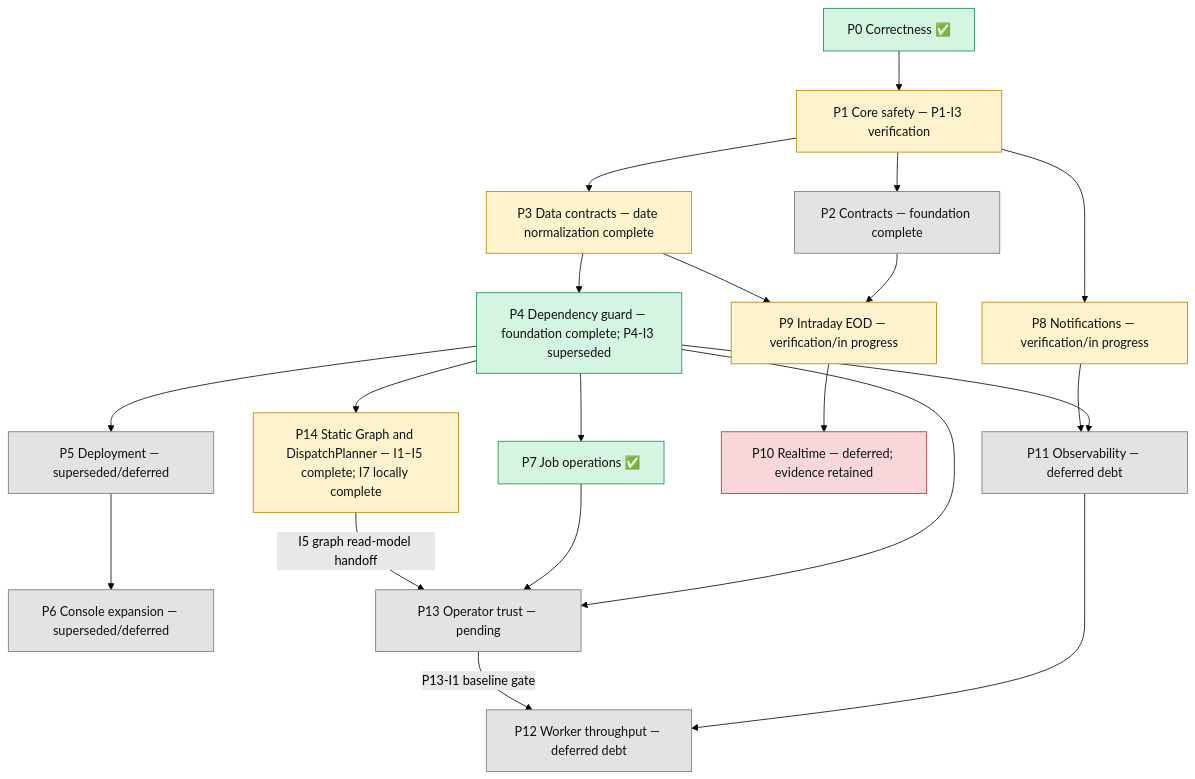
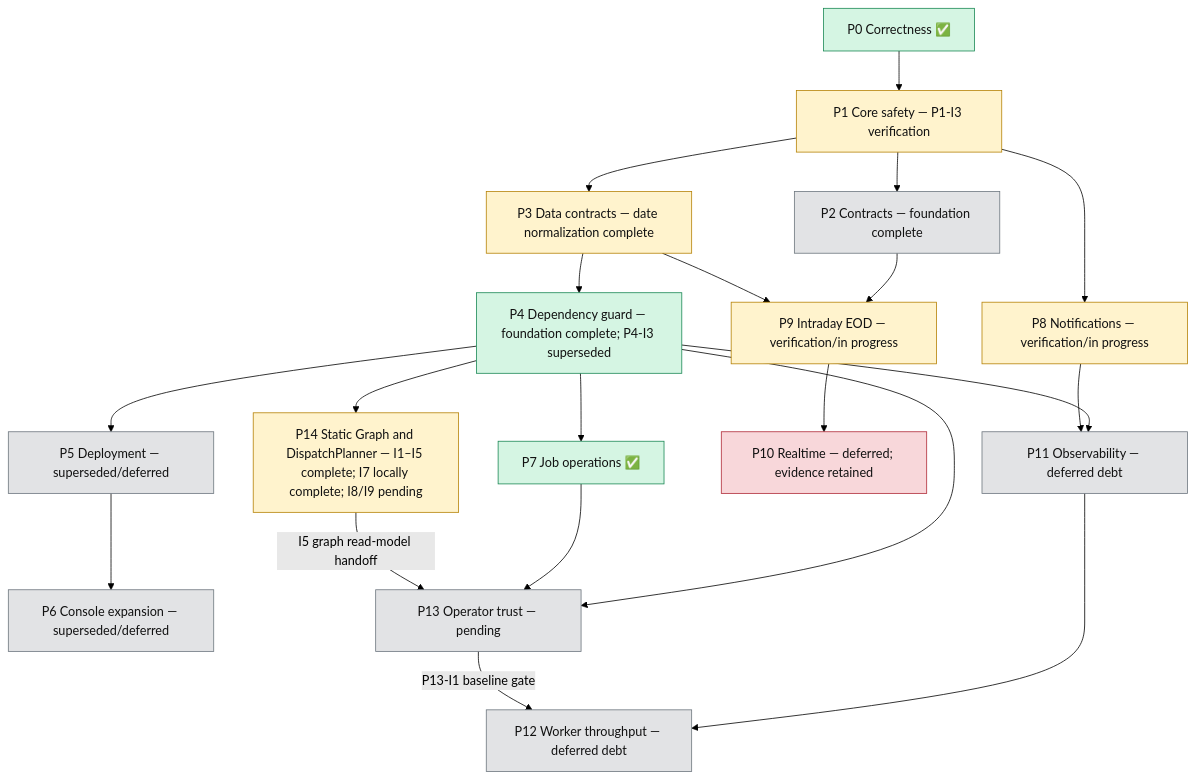
The diagram in docs/plans/roadmap/roadmap.md (tanlocit9/omni), drawn with Mermaid (forest theme) before and after one commit. The commit also changed other lines of this file and 19 other files, not shown here.

````diff
--- a/docs/plans/roadmap/roadmap.md
+++ b/docs/plans/roadmap/roadmap.md
@@ -13,31 +20,31 @@
 ```mermaid
 flowchart TD
     P0["P0 Correctness ✅"] --> P1["P1 Core safety — P1-I3 verification"]
     P1 --> P2["P2 Contracts — foundation complete"]
     P1 --> P3["P3 Data contracts — date normalization complete"]
     P3 --> P4["P4 Dependency guard — foundation complete; P4-I3 superseded"]
-    P4 --> P14["P14 Static Graph and DispatchPlanner — I1–I5 complete; I7 locally complete"]
+    P4 --> P14["P14 Static Graph and DispatchPlanner — I1–I5 complete; I7 locally complete; I8/I9 pending"]
     P4 --> P5["P5 Deployment — superseded/deferred"]
     P5 --> P6["P6 Console expansion — superseded/deferred"]
     P4 --> P7["P7 Job operations ✅"]
     P1 --> P8["P8 Notifications — verification/in progress"]
     P2 --> P9["P9 Intraday EOD — verification/in progress"]
     P3 --> P9
     P9 --> P10["P10 Realtime — deferred; evidence retained"]
     P4 --> P11["P11 Observability — deferred debt"]
     P8 --> P11
     P4 --> P13["P13 Operator trust — pending"]
     P7 --> P13
     P14 -->|"I5 graph read-model handoff"| P13
     P11 --> P12["P12 Worker throughput — deferred debt"]
     P13 -->|"P13-I1 baseline gate"| P12
 
     classDef done fill:#d5f5e3,stroke:#198754,color:#111;
     classDef active fill:#fff3cd,stroke:#b58105,color:#111;
     classDef pending fill:#e2e3e5,stroke:#6c757d,color:#111;
     classDef blocked fill:#f8d7da,stroke:#b02a37,color:#111;
     class P0,P4,P7 done;
     class P1,P3,P8,P9,P14 active;
     class P2,P5,P6,P11,P12,P13 pending;
     class P10 blocked;
 ```
````
